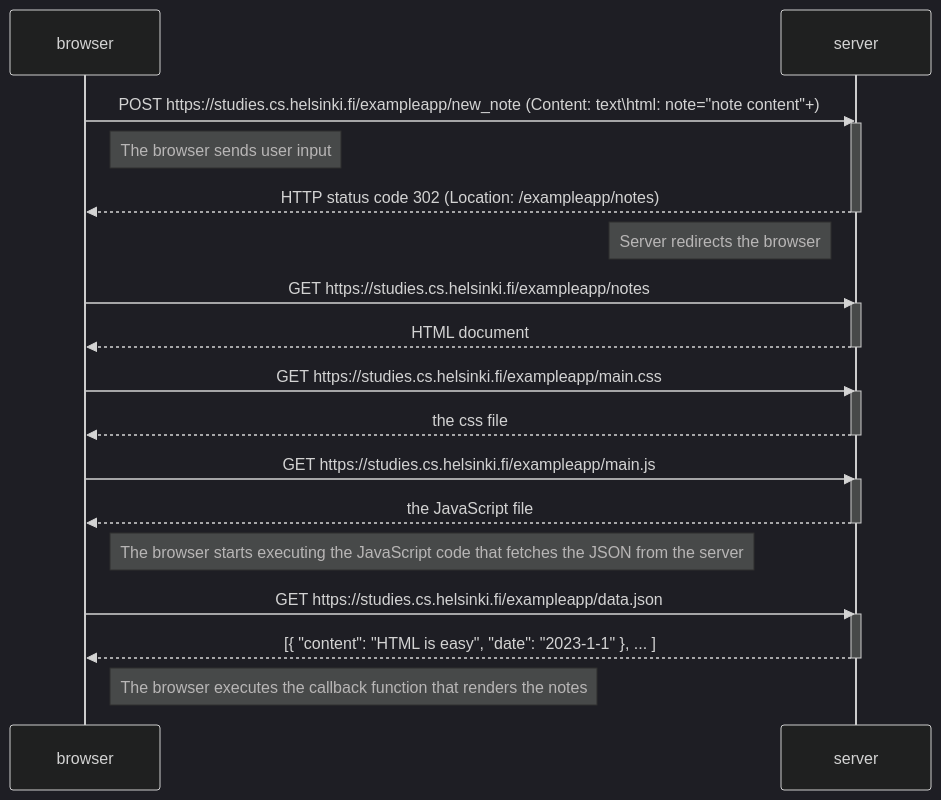
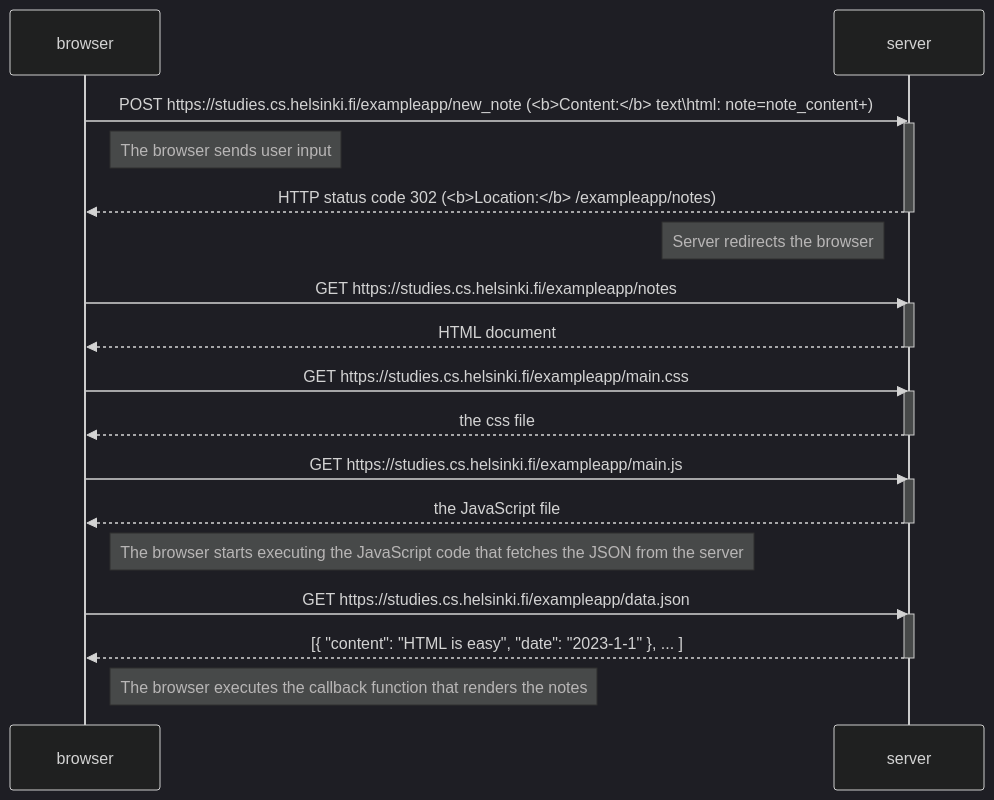
One commit to Gr701/intro changed the diagram in diagram.md. Above: the diagram before and after it, drawn with Mermaid (dark theme).

````diff
--- a/diagram.md
+++ b/diagram.md
@@ -1,35 +1,35 @@
 ```mermaid
     sequenceDiagram
                 
-        browser->>server: POST https://studies.cs.helsinki.fi/exampleapp/new_note (Content: text\html: note="note content"+)
+        browser->>server: POST https://studies.cs.helsinki.fi/exampleapp/new_note (<b>Content:</b> text\html: note=note_content+)
         activate server
         Note right of browser: The browser sends user input
-        server-->>browser: HTTP status code 302 (Location: /exampleapp/notes)
+        server-->>browser: HTTP status code 302 (<b>Location:</b> /exampleapp/notes)
         deactivate server
         Note left of server: Server redirects the browser
         
         browser->>server: GET https://studies.cs.helsinki.fi/exampleapp/notes
         activate server
         server-->>browser: HTML document
         deactivate server
     
         browser->>server: GET https://studies.cs.helsinki.fi/exampleapp/main.css
         activate server
         server-->>browser: the css file
         deactivate server
     
         browser->>server: GET https://studies.cs.helsinki.fi/exampleapp/main.js
         activate server
         server-->>browser: the JavaScript file
         deactivate server
     
         Note right of browser: The browser starts executing the JavaScript code that fetches the JSON from the server
     
         browser->>server: GET https://studies.cs.helsinki.fi/exampleapp/data.json
         activate server
         server-->>browser: [{ "content": "HTML is easy", "date": "2023-1-1" }, ... ]
         deactivate server
     
         Note right of browser: The browser executes the callback function that renders the notes
                              
 ```
````
